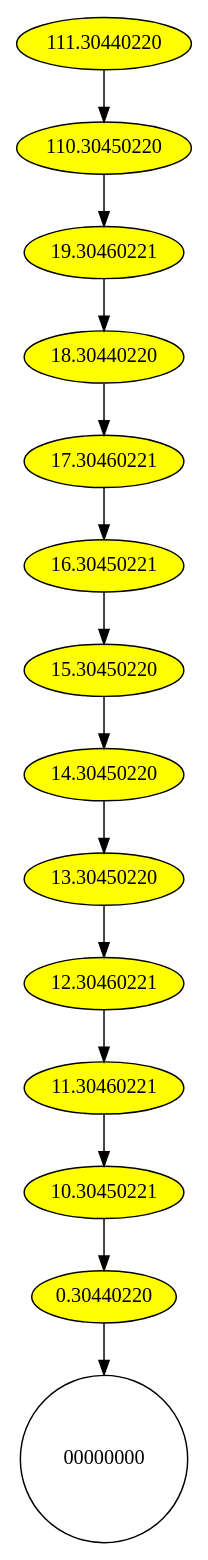
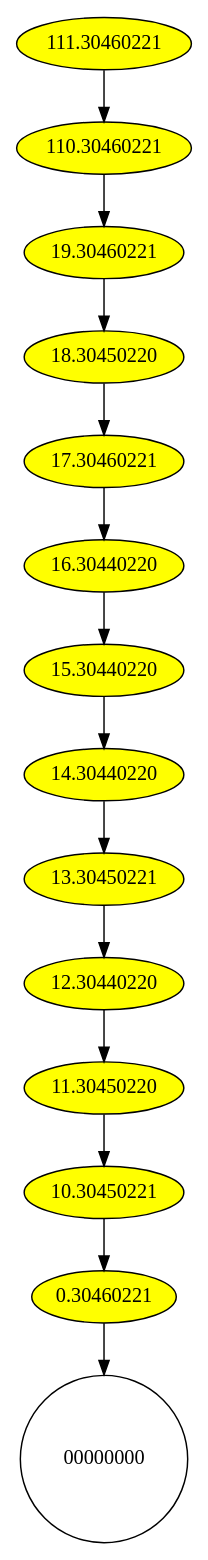
The diagram in CORE/validator/DAG.gv (DGT-Network/DGT-Matagami), drawn with Graphviz before and after one commit. The commit also changed 3 other files, not shown here.

Commit message:
restapi graph fix

```diff
--- a/CORE/validator/DAG.gv
+++ b/CORE/validator/DAG.gv
@@ -1,18 +1,18 @@
 digraph DAG {
 {
- node [style="filled", fillcolor="yellow", fontcolor="black", margin="0.01"]"111.30440220" -> "110.30450220";
-"110.30450220" -> "19.30460221";
-"19.30460221" -> "18.30440220";
-"18.30440220" -> "17.30460221";
-"17.30460221" -> "16.30450221";
-"16.30450221" -> "15.30450220";
-"15.30450220" -> "14.30450220";
-"14.30450220" -> "13.30450220";
-"13.30450220" -> "12.30460221";
-"12.30460221" -> "11.30460221";
-"11.30460221" -> "10.30450221";
-"10.30450221" -> "0.30440220";
+ node [style="filled", fillcolor="yellow", fontcolor="black", margin="0.01"]"111.30460221" -> "110.30460221";
+"110.30460221" -> "19.30460221";
+"19.30460221" -> "18.30450220";
+"18.30450220" -> "17.30460221";
+"17.30460221" -> "16.30440220";
+"16.30440220" -> "15.30440220";
+"15.30440220" -> "14.30440220";
+"14.30440220" -> "13.30450221";
+"13.30450221" -> "12.30440220";
+"12.30440220" -> "11.30450220";
+"11.30450220" -> "10.30450221";
+"10.30450221" -> "0.30460221";
 }
-"0.30440220" -> "00000000";
+"0.30460221" -> "00000000";
 "00000000" [fillcolor="red",shape="circle"];
 }
```
